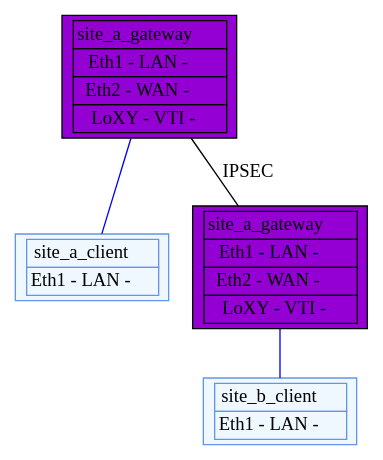
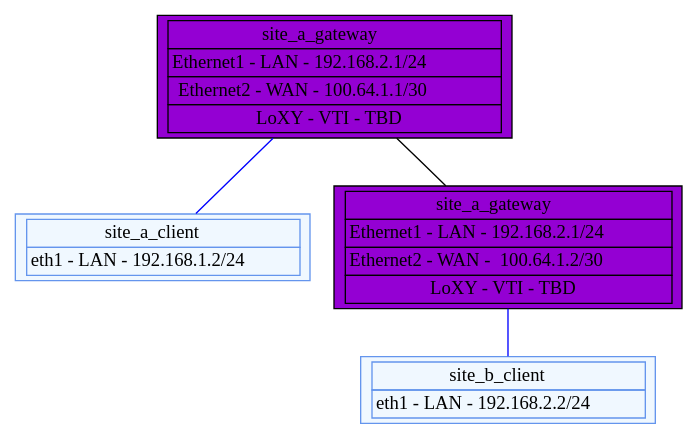
One commit to JB-BR/BuildingNetworkAutomationSolutions changed the diagram in GettingStarted/DeployNetworkServices/ipsec_ceos.dot. Above: the diagram before and after it, drawn with Graphviz.

Commit message:
edited a new dot file

```diff
--- a/GettingStarted/DeployNetworkServices/ipsec_ceos.dot
+++ b/GettingStarted/DeployNetworkServices/ipsec_ceos.dot
@@ -1,51 +1,50 @@
 graph ipsec_ceos {
         { node [shape=rectangle, style=filled, color=cornflowerblue, fillcolor=aliceblue]
 		  site_a_client site_b_client
 	    }
 	    
 	    { node [shape=rectangle, style=filled, color=black, fillcolor=darkviolet]
 		  site_a_gateway site_b_gateway
 	    }
 	    
-	    { edge [ color=black, label="IPSEC"]
+	    { edge [ color=black]
 	      site_a_gateway -- site_b_gateway
 	    }
 	    
 	    { edge [ color=blue ]
 	      site_a_gateway -- site_a_client
 	      site_b_gateway -- site_b_client
-	      
 	    }
 	    
 	    site_a_gateway [label=<
         <TABLE BORDER="0" CELLBORDER="1" CELLSPACING="0">
             <TR><TD>site_a_gateway</TD></TR>
-            <TR><TD>Eth1 - LAN - </TD></TR>
-            <TR><TD>Eth2 - WAN - </TD></TR>
-            <TR><TD>LoXY - VTI - </TD></TR>
+            <TR><TD>Ethernet1 - LAN - 192.168.2.1/24 </TD></TR>
+            <TR><TD>Ethernet2 - WAN - 100.64.1.1/30</TD></TR>
+            <TR><TD>LoXY - VTI - TBD</TD></TR>
         </TABLE>>
         ];
 
 	    site_b_gateway [label=<
         <TABLE BORDER="0" CELLBORDER="1" CELLSPACING="0">
             <TR><TD>site_a_gateway</TD></TR>
-            <TR><TD>Eth1 - LAN - </TD></TR>
-            <TR><TD>Eth2 - WAN - </TD></TR>
-            <TR><TD>LoXY - VTI - </TD></TR>
+            <TR><TD>Ethernet1 - LAN - 192.168.2.1/24</TD></TR>
+            <TR><TD>Ethernet2 - WAN -  100.64.1.2/30</TD></TR>
+            <TR><TD>LoXY - VTI - TBD</TD></TR>
         </TABLE>>
         ];
         
         site_a_client [label=<
         <TABLE BORDER="0" CELLBORDER="1" CELLSPACING="0">
             <TR><TD>site_a_client</TD></TR>
-            <TR><TD>Eth1 - LAN - </TD></TR>
+            <TR><TD>eth1 - LAN - 192.168.1.2/24</TD></TR>
         </TABLE>>
         ];
 
         site_b_client [label=<
         <TABLE BORDER="0" CELLBORDER="1" CELLSPACING="0">
             <TR><TD>site_b_client</TD></TR>
-            <TR><TD>Eth1 - LAN - </TD></TR>
+            <TR><TD>eth1 - LAN - 192.168.2.2/24</TD></TR>
         </TABLE>>
         ];
 }
```
